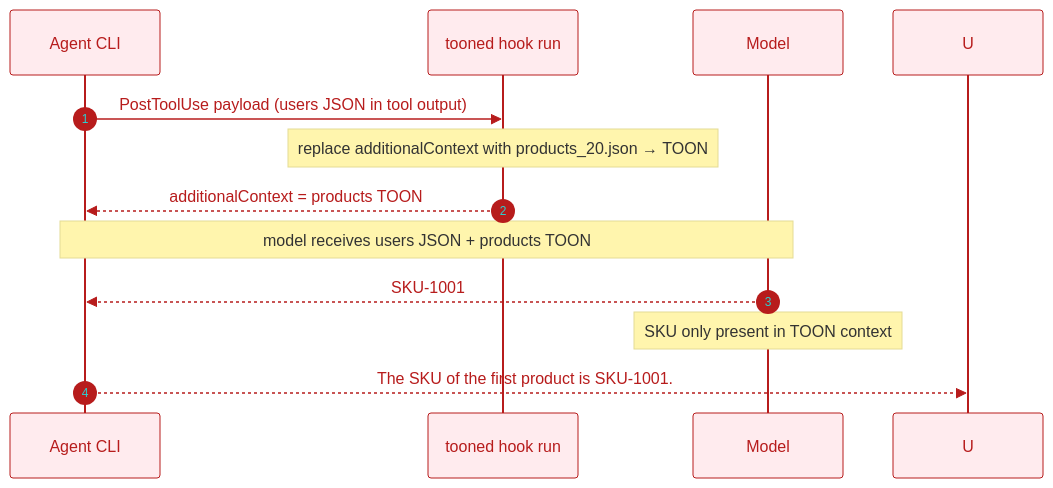
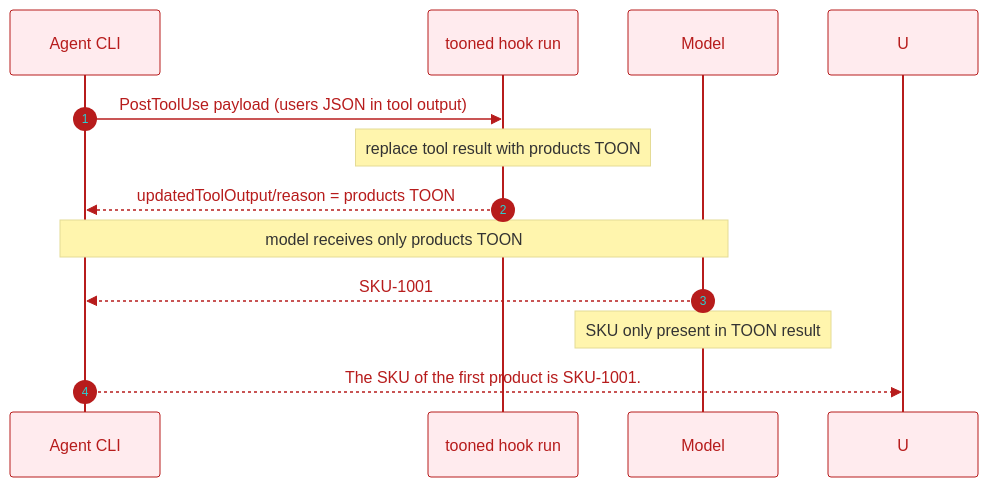
One commit to w0wl0lxd/tooned changed the second of 2 diagrams in docs/agents/toon-context-proof.md. Above: the diagram before and after it, drawn with Mermaid. The commit also changed other lines of this file and 18 other files, not shown here.

````diff
--- a/docs/agents/toon-context-proof.md
+++ b/docs/agents/toon-context-proof.md
@@ -85,16 +106,16 @@
 ```mermaid
 %%{init: {'theme': 'base', 'themeVariables': { 'primaryColor': '#ffebee', 'primaryTextColor': '#b71c1c', 'primaryBorderColor': '#b71c1c', 'lineColor': '#d32f2f', 'secondaryColor': '#fff3e0'}}}%%
 sequenceDiagram
     autonumber
     participant A as Agent CLI
     participant T as tooned hook run
     participant M as Model
 
     A->>T: PostToolUse payload (users JSON in tool output)
-    Note over T: replace additionalContext with products_20.json → TOON
-    T-->>A: additionalContext = products TOON
-    Note over A,M: model receives users JSON + products TOON
+    Note over T: replace tool result with products TOON
+    T-->>A: updatedToolOutput/reason = products TOON
+    Note over A,M: model receives only products TOON
     M-->>A: SKU-1001
-    Note over M: SKU only present in TOON context
+    Note over M: SKU only present in TOON result
     A-->>U: The SKU of the first product is SKU-1001.
 ```
````
